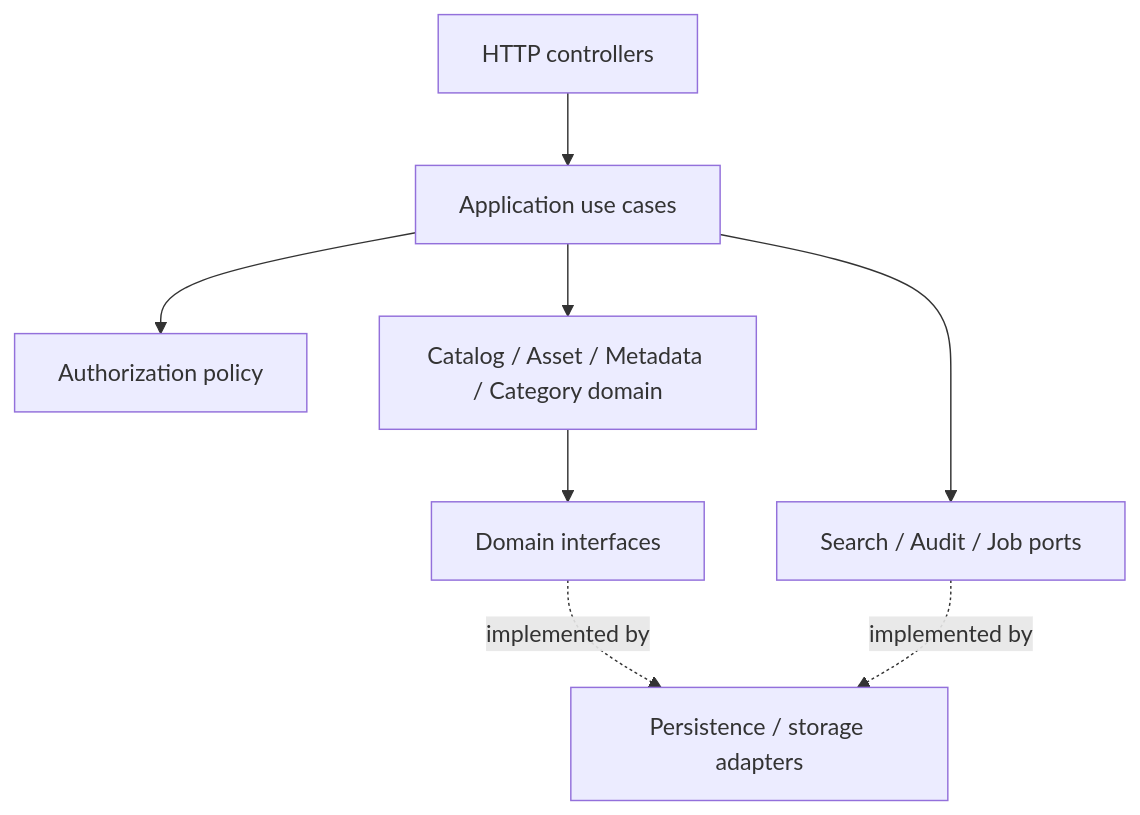
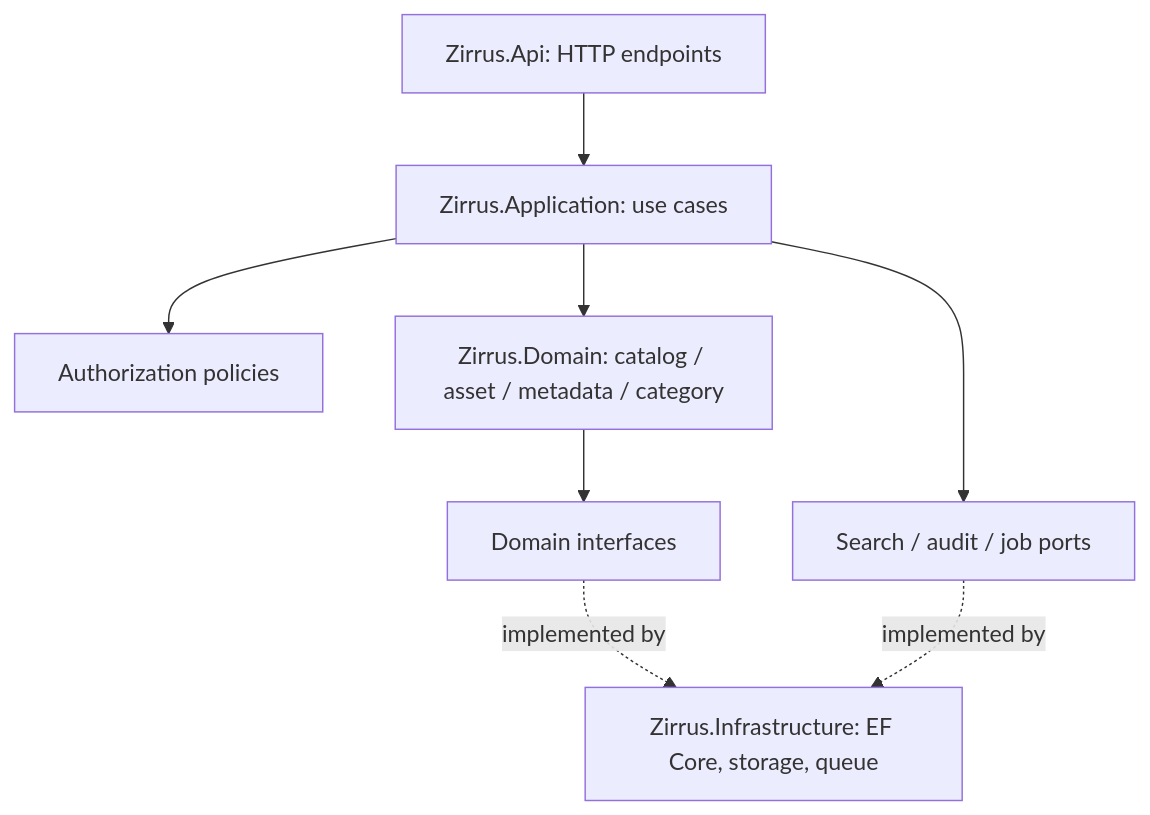
The third of 3 diagrams in docs/diagrams/system-views.md (mycaravam-crypto/zirrus), drawn with Mermaid before and after one commit. The commit also changed other lines of this file and 14 other files, not shown here.

````diff
--- a/docs/diagrams/system-views.md
+++ b/docs/diagrams/system-views.md
@@ -30,10 +29,10 @@
 ```mermaid
 flowchart TD
-  H["HTTP controllers"] --> U["Application use cases"]
-  U --> Z["Authorization policy"]
-  U --> D["Catalog / Asset / Metadata / Category domain"]
-  U --> R["Search / Audit / Job ports"]
+  H["Zirrus.Api: HTTP endpoints"] --> U["Zirrus.Application: use cases"]
+  U --> Z["Authorization policies"]
+  U --> D["Zirrus.Domain: catalog / asset / metadata / category"]
+  U --> R["Search / audit / job ports"]
   D --> P["Domain interfaces"]
-  P -. implemented by .-> I["Persistence / storage adapters"]
+  P -. implemented by .-> I["Zirrus.Infrastructure: EF Core, storage, queue"]
   R -. implemented by .-> I
 ```
````
